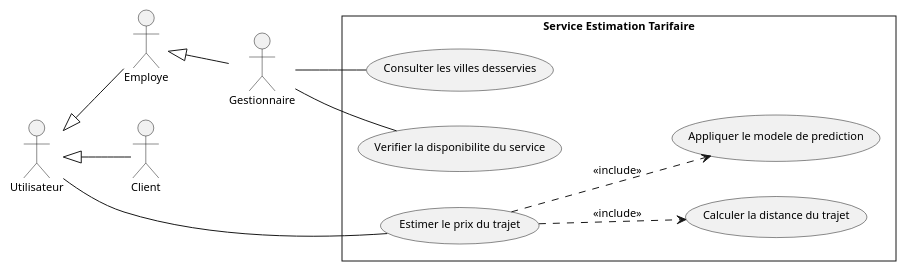
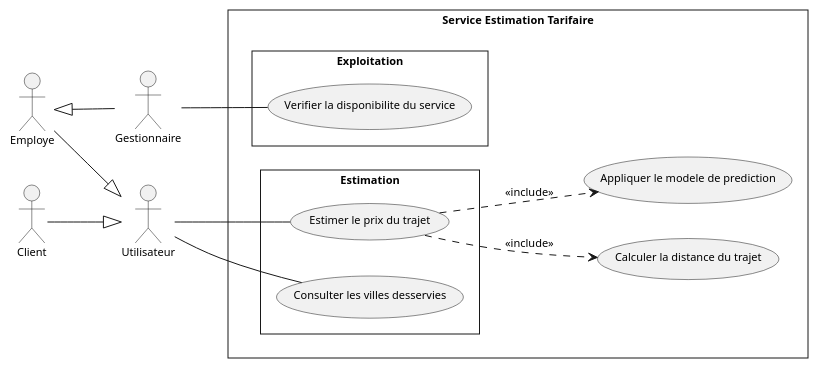
The diagram in docs/diagrams/microservices/AI-Predictor/AI-Predictor-usecase.puml (saber-barhoumi/Xpark-gmao), drawn with PlantUML before and after one commit. The commit also changed 12 other files, not shown here.

```diff
--- a/docs/diagrams/microservices/AI-Predictor/AI-Predictor-usecase.puml
+++ b/docs/diagrams/microservices/AI-Predictor/AI-Predictor-usecase.puml
@@ -1,38 +1,43 @@
 @startuml
 skinparam style strictuml
 skinparam packageStyle rectangle
 skinparam shadowing false
 skinparam defaultFontName Verdana
 skinparam defaultFontSize 11
 skinparam backgroundColor #FFFFFF
 left to right direction
 
-' Acteurs principaux, empiles a gauche du plus general au plus specialise
+' Acteurs, alignes a gauche : les porteurs d'associations sont
+' accoles a la frontiere, les acteurs structurels a leur gauche
 actor "Utilisateur" as Utilisateur
 actor "Employe" as Employe
 actor "Gestionnaire" as Gestionnaire
 actor "Client" as Client
 
 ' Generalisation : triangle creux, de l'enfant vers le parent
-Employe -up-|> Utilisateur
-Client -up-|> Utilisateur
+Employe -down-|> Utilisateur
+Client -down-|> Utilisateur
 Gestionnaire -up-|> Employe
 
 rectangle "Service Estimation Tarifaire" {
-  usecase "Estimer le prix du trajet" as UC_Estimer_le_prix_du_trajet
+  package "Estimation" {
+    usecase "Estimer le prix du trajet" as UC_Estimer_le_prix_du_trajet
+    usecase "Consulter les villes desservies" as UC_Consulter_les_villes_desservies
+  }
+  package "Exploitation" {
+    usecase "Verifier la disponibilite du service" as UC_Verifier_la_disponibilite_du_servi
+  }
   usecase "Calculer la distance du trajet" as UC_Calculer_la_distance_du_trajet
   usecase "Appliquer le modele de prediction" as UC_Appliquer_le_modele_de_prediction
-  usecase "Consulter les villes desservies" as UC_Consulter_les_villes_desservies
-  usecase "Verifier la disponibilite du service" as UC_Verifier_la_disponibilite_du_servi
 }
 
 ' Associations : trait continu sans fleche (relation d'association)
 Utilisateur -- UC_Estimer_le_prix_du_trajet
-Gestionnaire -- UC_Consulter_les_villes_desservies
+Utilisateur -- UC_Consulter_les_villes_desservies
 Gestionnaire -- UC_Verifier_la_disponibilite_du_servi
 
 ' << include >> : du cas de base vers le cas obligatoire
 UC_Estimer_le_prix_du_trajet ..> UC_Calculer_la_distance_du_trajet : << include >>
 UC_Estimer_le_prix_du_trajet ..> UC_Appliquer_le_modele_de_prediction : << include >>
 
 @enduml
```
